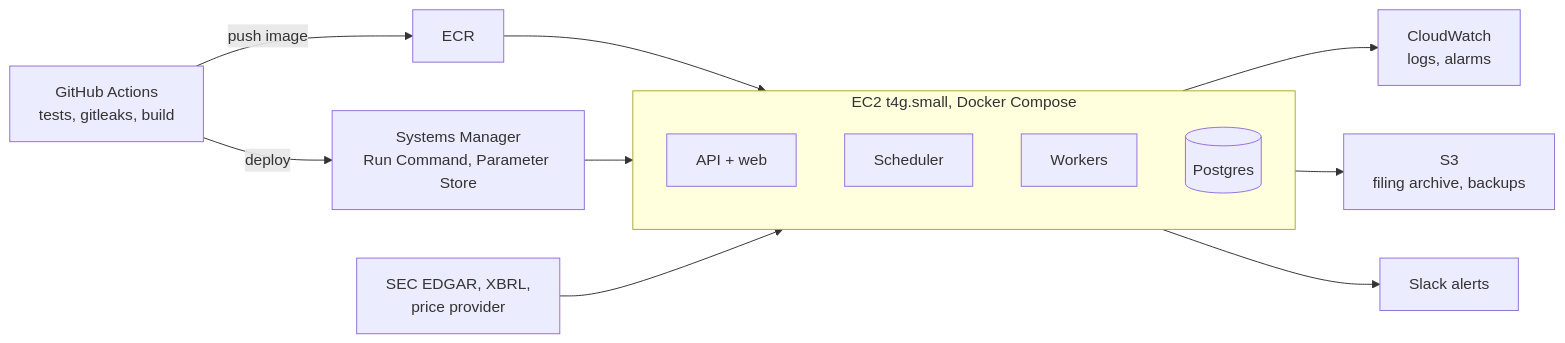
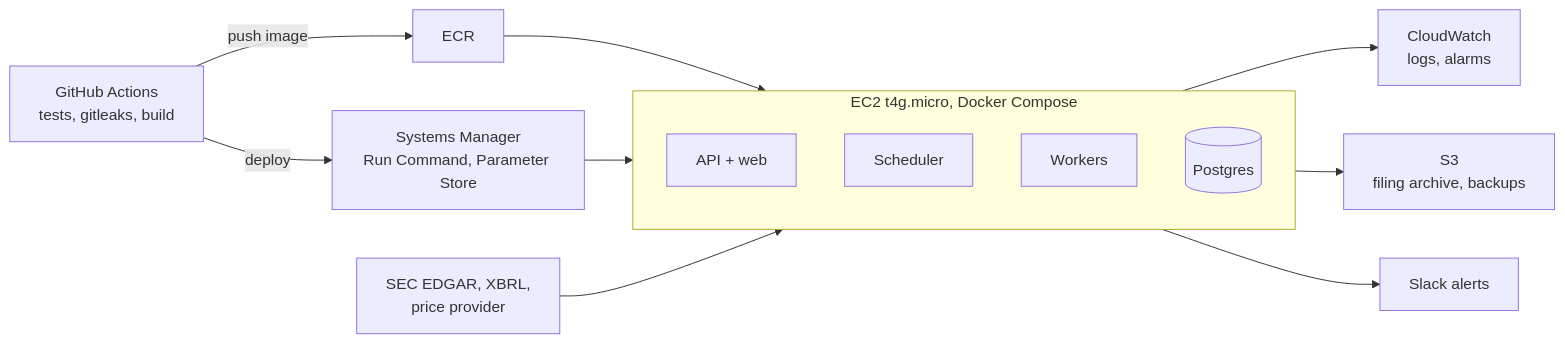
Before and after one commit to alexduan-mel/sentinelstream: the second of 2 diagrams in docs/PRD.md, drawn with Mermaid. The commit also changed other lines of this file and 2 other files, not shown here.

Commit message:
Record t4g.micro and dropping FinBERT in the docs

````diff
--- a/docs/PRD.md
+++ b/docs/PRD.md
@@ -94,17 +94,17 @@
 ```mermaid
 flowchart LR
     GH[GitHub Actions<br/>tests, gitleaks, build] -- push image --> ECR[ECR]
     GH -- deploy --> SSM[Systems Manager<br/>Run Command, Parameter Store]
-    subgraph EC2[EC2 t4g.small, Docker Compose]
+    subgraph EC2[EC2 t4g.micro, Docker Compose]
         API[API + web]
         SCH[Scheduler]
         WRK[Workers]
         PG[(Postgres)]
     end
     ECR --> EC2
     SSM --> EC2
     EC2 --> CW[CloudWatch<br/>logs, alarms]
     EC2 --> S3[S3<br/>filing archive, backups]
     SRC[SEC EDGAR, XBRL,<br/>price provider] --> EC2
     EC2 --> SL[Slack alerts]
 ```
````
